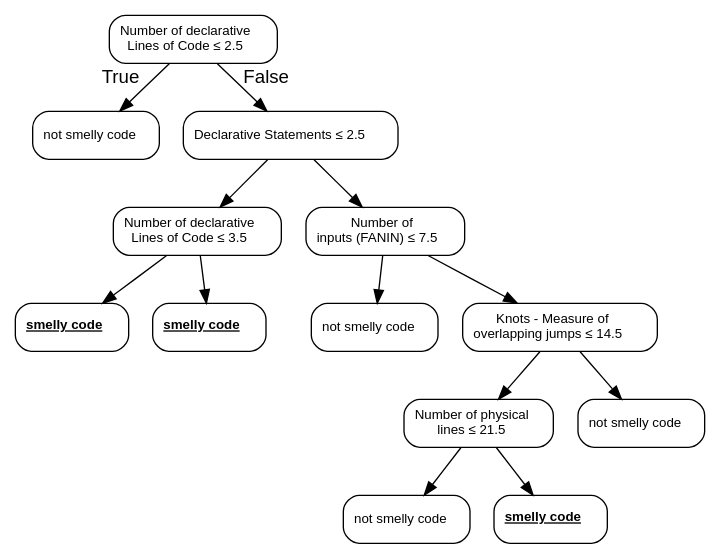
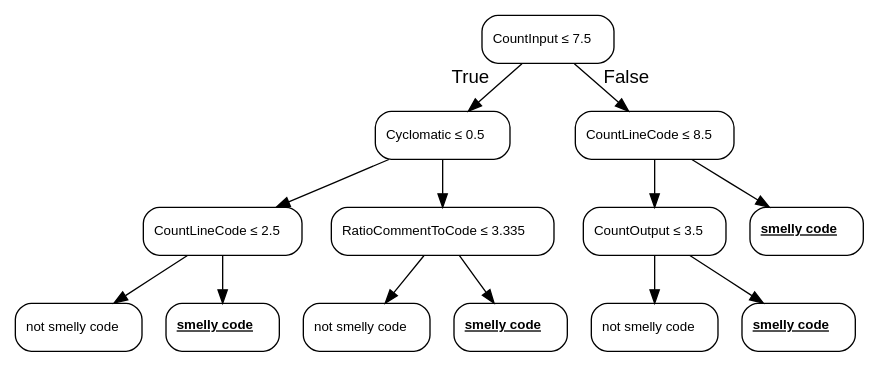
Before and after one commit to christianorossini/masterProject: the diagram in artefatos/models/dt/lpl/dot/7_gini.dot, drawn with Graphviz. The commit also changed 74 other files, not shown here.

```diff
--- a/artefatos/models/dt/lpl/dot/7_gini.dot
+++ b/artefatos/models/dt/lpl/dot/7_gini.dot
@@ -1,29 +1,29 @@
 digraph Tree {
 node [color="black", fontname=helvetica, shape=box, style="rounded", width=0.5, fontsize=10];
 edge [fontname=helvetica];
-0 [label=<Number of declarative<br/> Lines of Code &le; 2.5>];
-1 [label=<not smelly code>];
+0 [label=<CountInput &le; 7.5>];
+1 [label=<Cyclomatic &le; 0.5>];
 0 -> 1  [headlabel="True", labelangle=45, labeldistance="2.5"];
-2 [label=<Declarative Statements &le; 2.5>];
+5 [label=<CountLineCode &le; 2.5>];
+1 -> 5;
+7 [label=<not smelly code>];
+5 -> 7;
+8 [label=<<u><b>smelly code</b></u>>];
+5 -> 8;
+6 [label=<RatioCommentToCode &le; 3.335>];
+1 -> 6;
+9 [label=<not smelly code>];
+6 -> 9;
+10 [label=<<u><b>smelly code</b></u>>];
+6 -> 10;
+2 [label=<CountLineCode &le; 8.5>];
 0 -> 2  [headlabel="False", labelangle="-45", labeldistance="2.5"];
-3 [label=<Number of declarative<br/> Lines of Code &le; 3.5>];
+3 [label=<CountOutput &le; 3.5>];
 2 -> 3;
-11 [label=<<u><b>smelly code</b></u>>];
+11 [label=<not smelly code>];
 3 -> 11;
 12 [label=<<u><b>smelly code</b></u>>];
 3 -> 12;
-4 [label=<Number of<br/> inputs (FANIN) &le; 7.5>];
+4 [label=<<u><b>smelly code</b></u>>];
 2 -> 4;
-5 [label=<not smelly code>];
-4 -> 5;
-6 [label=<Knots - Measure of <br/> overlapping jumps &le; 14.5>];
-4 -> 6;
-7 [label=<Number of physical<br/> lines &le; 21.5>];
-6 -> 7;
-9 [label=<not smelly code>];
-7 -> 9;
-10 [label=<<u><b>smelly code</b></u>>];
-7 -> 10;
-8 [label=<not smelly code>];
-6 -> 8;
 }
```
